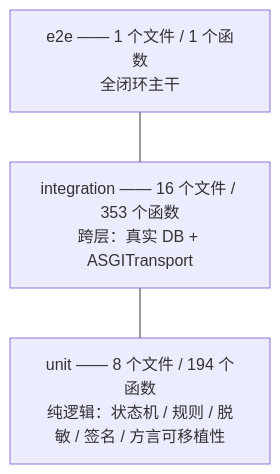
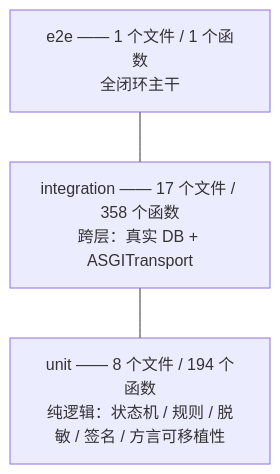
The first of 6 diagrams in docs/11-测试与质量保障.md (Peterwong666/ToyVerse-Cloud), drawn with Mermaid before and after one commit. The commit also changed other lines of this file and 31 other files, not shown here.

````diff
--- a/docs/11-测试与质量保障.md
+++ b/docs/11-测试与质量保障.md
@@ -58,7 +58,7 @@
 ```mermaid
 flowchart TB
     E["e2e —— 1 个文件 / 1 个函数<br/>全闭环主干"]
-    I["integration —— 16 个文件 / 353 个函数<br/>跨层：真实 DB + ASGITransport"]
+    I["integration —— 17 个文件 / 358 个函数<br/>跨层：真实 DB + ASGITransport"]
     U["unit —— 8 个文件 / 194 个函数<br/>纯逻辑：状态机 / 规则 / 脱敏 / 签名 / 方言可移植性"]
     E --- I --- U
 ```
````
